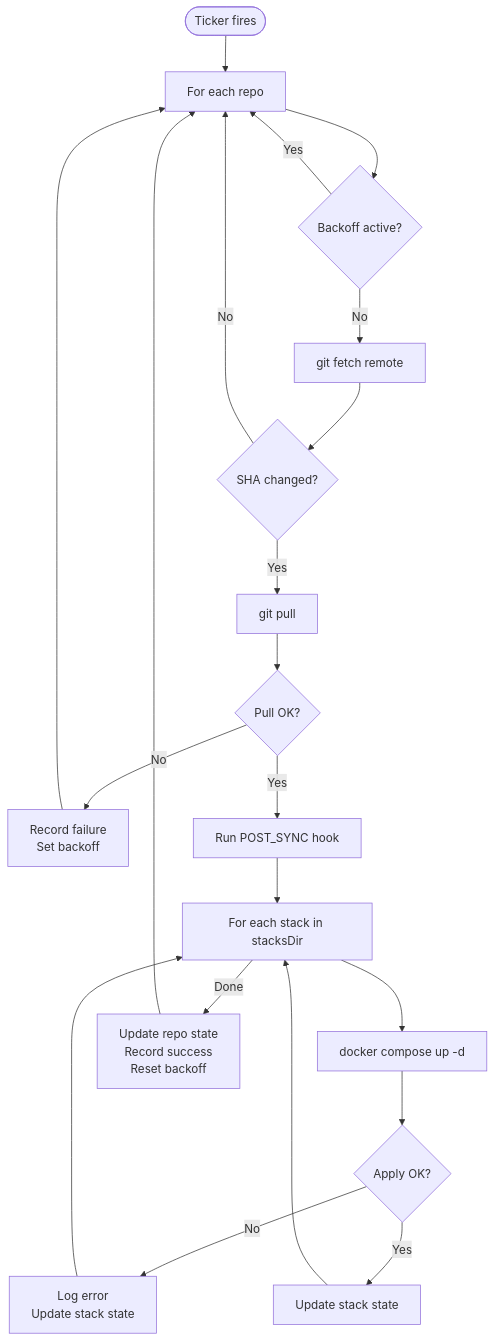
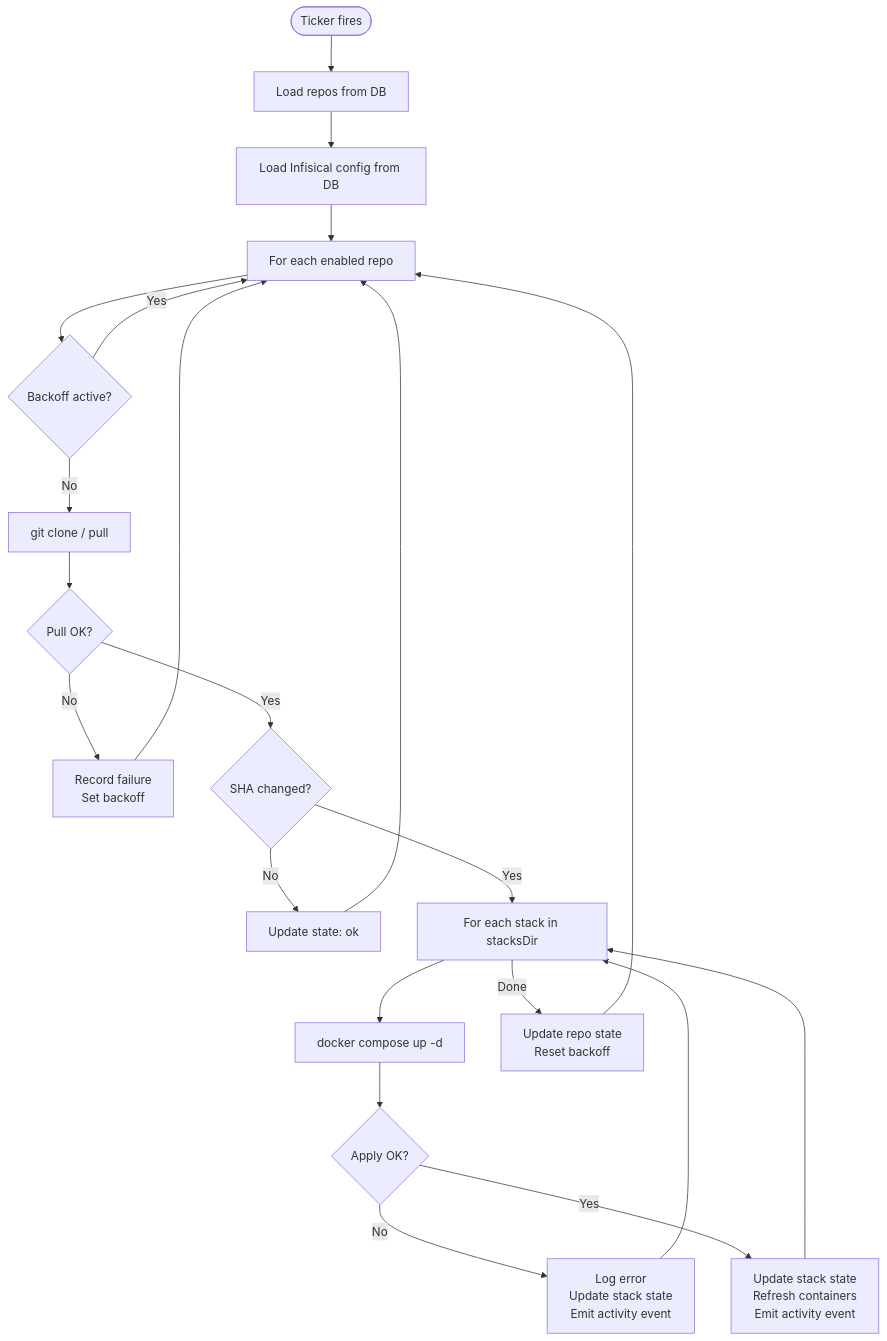
The diagram in docs/architecture.md (antnsn/stackd), drawn with Mermaid before and after one commit. The commit also changed other lines of this file and 10 other files, not shown here.

````diff
--- a/docs/architecture.md
+++ b/docs/architecture.md
@@ -30,22 +34,22 @@
 ```mermaid
 flowchart TD
-    A([Ticker fires]) --> B[For each repo]
-    B --> C{Backoff active?}
-    C -- Yes --> B
-    C -- No --> D[git fetch remote]
-    D --> E{SHA changed?}
-    E -- No --> B
-    E -- Yes --> F[git pull]
+    A([Ticker fires]) --> B[Load repos from DB]
+    B --> C[Load Infisical config from DB]
+    C --> D[For each enabled repo]
+    D --> E{Backoff active?}
+    E -- Yes --> D
+    E -- No --> F[git clone / pull]
     F --> G{Pull OK?}
-    G -- No --> H[Record failure\nSet backoff] --> B
-    G -- Yes --> I[Run POST_SYNC hook]
-    I --> J[For each stack in stacksDir]
-    J --> K[docker compose up -d]
-    K --> L{Apply OK?}
-    L -- No --> M[Log error\nUpdate stack state]
-    L -- Yes --> N[Update stack state]
-    M --> J
-    N --> J
-    J -- Done --> O[Update repo state\nRecord success\nReset backoff]
-    O --> B
+    G -- No --> H[Record failure\nSet backoff] --> D
+    G -- Yes --> I{SHA changed?}
+    I -- No --> J[Update state: ok] --> D
+    I -- Yes --> K[For each stack in stacksDir]
+    K --> L[docker compose up -d]
+    L --> M{Apply OK?}
+    M -- No --> N[Log error\nUpdate stack state\nEmit activity event]
+    M -- Yes --> O[Update stack state\nRefresh containers\nEmit activity event]
+    N --> K
+    O --> K
+    K -- Done --> P[Update repo state\nReset backoff]
+    P --> D
 ```
````
